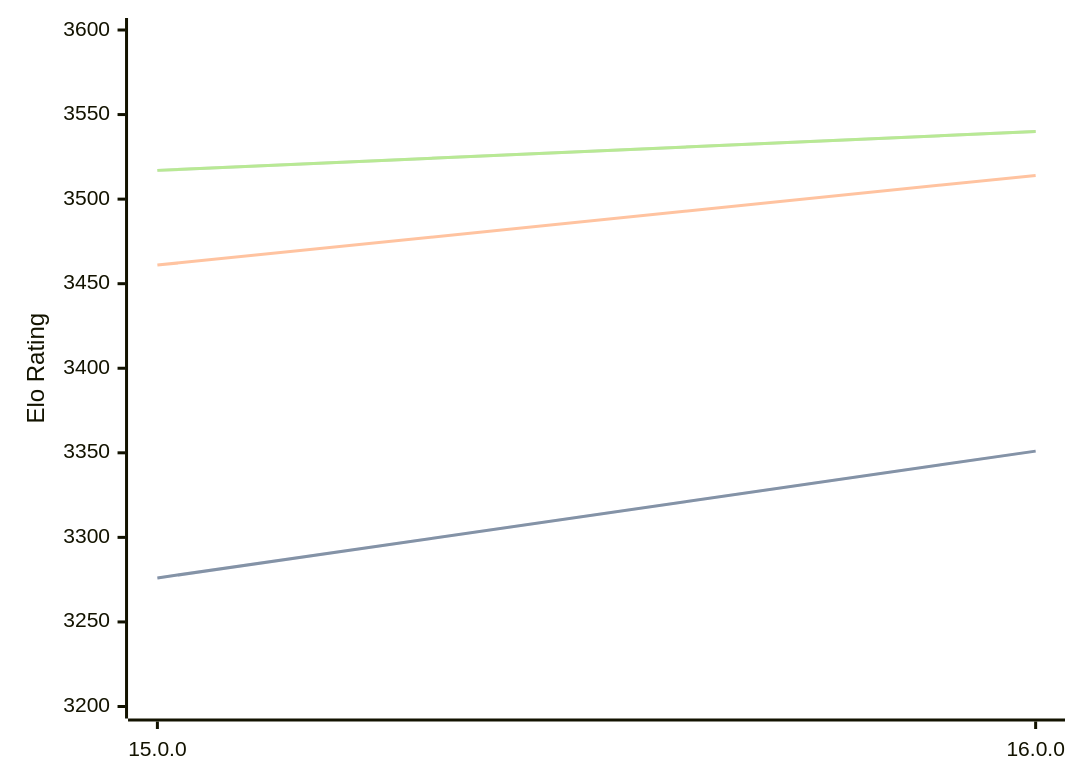
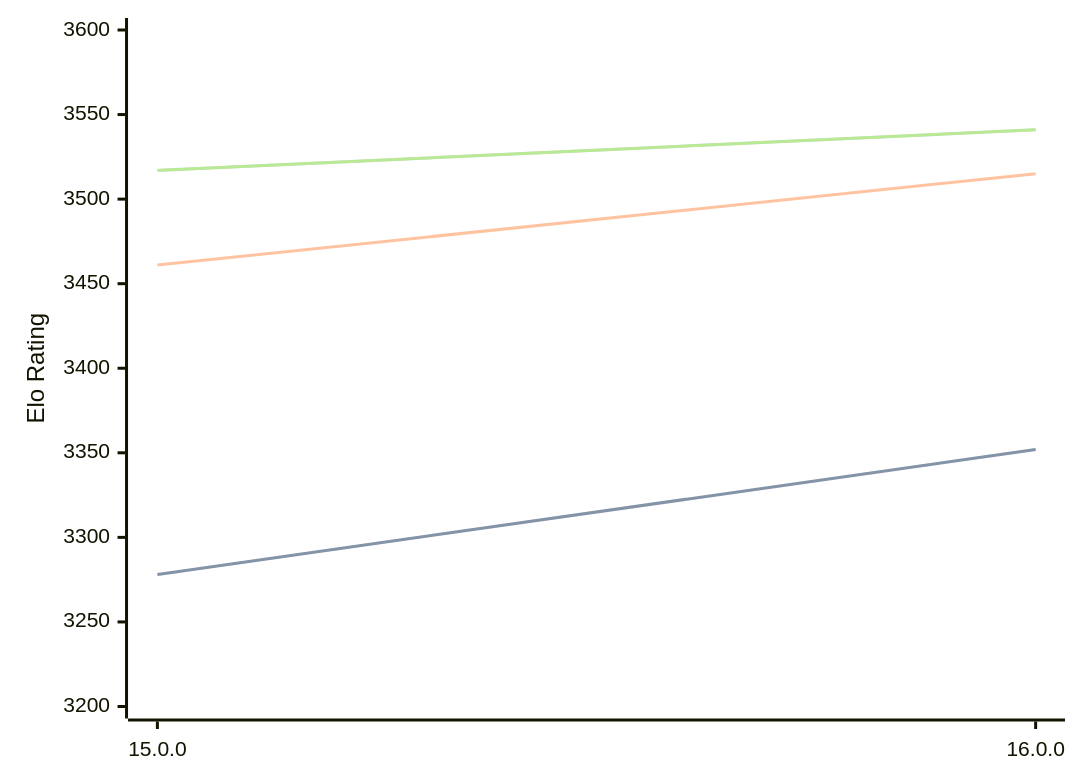
The diagram in engines/Halogen.md (computer-chess-index/cci), drawn with Mermaid before and after one commit. The commit also changed other lines of this file, not shown here.

Commit message:
Update CCI Ratings (ELO VLTC) - 2026-08-10

````diff
--- a/engines/Halogen.md
+++ b/engines/Halogen.md
@@ -32,11 +32,11 @@
 ```mermaid
 %%{init: {"theme":"base","themeVariables":{"seriesColors:['#a3a3a3','#222221','#faa371']}}}%%
 xychart-beta
   x-axis ["15.0.0", "16.0.0"]
   y-axis "Elo Rating" 3200 --> 3600
-  line "STC (8.0+0.08s)" [3276, 3351]
-  line "STC (8.0+0.08s)" [3276, 3351]
-  line "LTC (60.0+0.60s)" [3461, 3514]
-  line "VLTC (2m24s+1.12s)" [3517, 3540]
-  line "VLTC (2m24s+1.12s)" [3517, 3540]
+  line "STC (8.0+0.08s)" [3278, 3352]
+  line "STC (8.0+0.08s)" [3278, 3352]
+  line "LTC (60.0+0.60s)" [3461, 3515]
+  line "VLTC (2m24s+1.12s)" [3517, 3541]
+  line "VLTC (2m24s+1.12s)" [3517, 3541]
 ```
````
